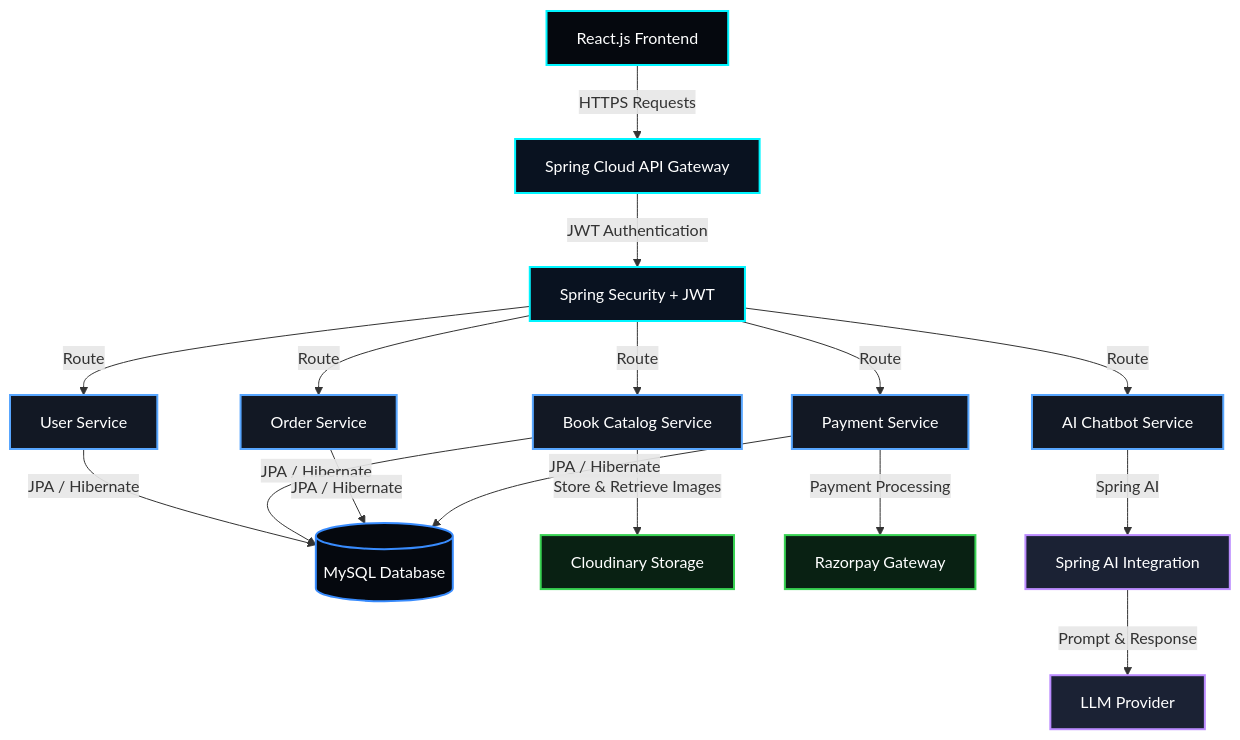
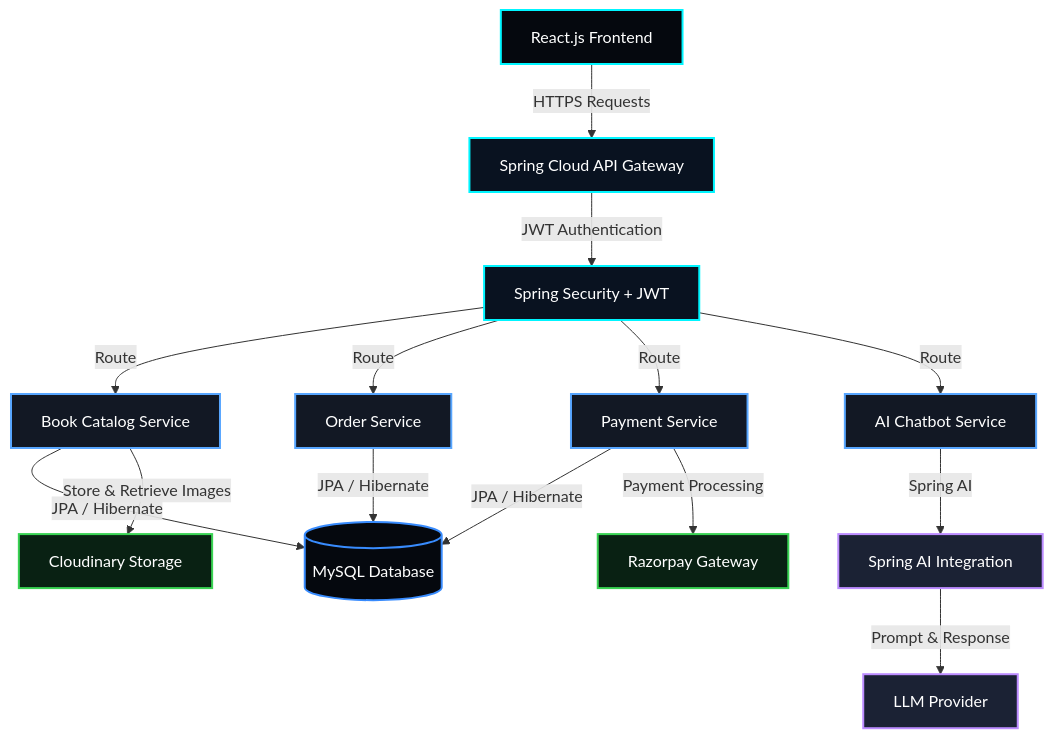
One commit to yeshant1/yeshant1 changed the second of 2 diagrams in README.md. Above: the diagram before and after it, drawn with Mermaid. The commit also changed other lines of this file, not shown here.

````diff
--- a/README.md
+++ b/README.md
@@ -229,39 +211,30 @@
 ```mermaid
 graph TD
-    %% Styling
     classDef client fill:#05080E,stroke:#00f5ff,stroke-width:2px,color:#fff;
     classDef gateway fill:#091220,stroke:#00f5ff,stroke-width:2px,color:#fff;
     classDef microservice fill:#121824,stroke:#58a6ff,stroke-width:2px,color:#fff;
     classDef database fill:#05080E,stroke:#388bfd,stroke-width:2px,color:#fff;
     classDef ai fill:#1b2234,stroke:#bc8cff,stroke-width:2px,color:#fff;
     classDef external fill:#092113,stroke:#39d353,stroke-width:2px,color:#fff;
 
     Client[React.js Frontend] -->|HTTPS Requests| Gateway[Spring Cloud API Gateway]
-
     Gateway -->|JWT Authentication| Security[Spring Security + JWT]
-
-    Security -->|Route| UserService[User Service]
     Security -->|Route| BookService[Book Catalog Service]
     Security -->|Route| OrderService[Order Service]
     Security -->|Route| PaymentService[Payment Service]
     Security -->|Route| ChatbotService[AI Chatbot Service]
-
-    UserService -->|JPA / Hibernate| DB[(MySQL Database)]
-    BookService -->|JPA / Hibernate| DB
+    BookService -->|JPA / Hibernate| DB[(MySQL Database)]
     OrderService -->|JPA / Hibernate| DB
     PaymentService -->|JPA / Hibernate| DB
-
     BookService -->|Store & Retrieve Images| Cloudinary[Cloudinary Storage]
-
     PaymentService -->|Payment Processing| Razorpay[Razorpay Gateway]
-
     ChatbotService -->|Spring AI| SpringAI[Spring AI Integration]
     SpringAI -->|Prompt & Response| LLM[LLM Provider]
 
     class Client client;
     class Gateway,Security gateway;
-    class UserService,BookService,OrderService,PaymentService,ChatbotService microservice;
+    class BookService,OrderService,PaymentService,ChatbotService microservice;
     class DB database;
     class SpringAI,LLM ai;
     class Cloudinary,Razorpay external;
 ```
````
